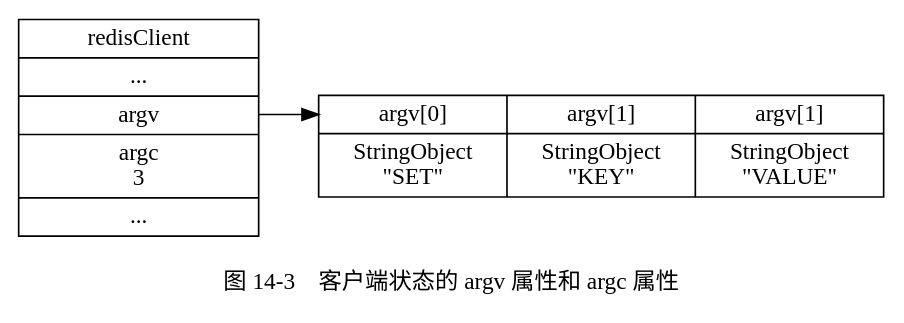
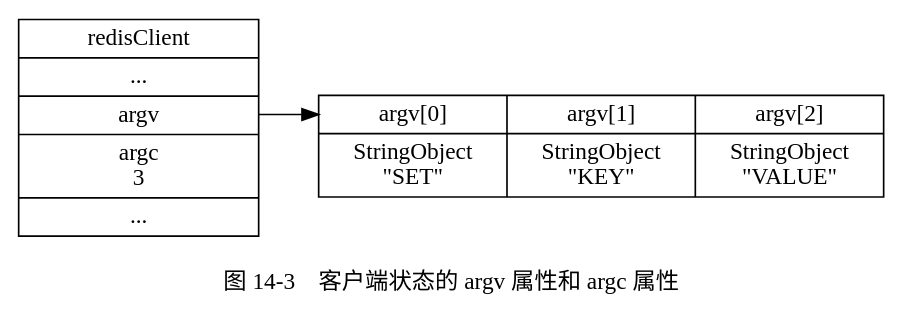
The third of 8 diagrams in preview/server/execute_command.rst (huangzworks/redisbook1e), drawn with Graphviz before and after one commit. The commit also changed other lines of this file and 4 other files, not shown here.

Commit message:
修正图 13-5 、14-3 和 14-6 ，感谢 凯旋冲锋 的提醒。

```diff
--- a/preview/server/execute_command.rst
+++ b/preview/server/execute_command.rst
@@ -143,17 +143,17 @@
 .. graphviz::
 
     digraph {
 
         label = "\n 图 14-3    客户端状态的 argv 属性和 argc 属性";
 
         rankdir = LR;
 
         node [shape = record];
 
         redisClient [label = " redisClient | ... | <argv> argv | argc \n 3 | ... ", width = 2];
 
-        argv [label = " { { <head> argv[0] | StringObject \n \"SET\" } | { argv[1] | StringObject \n \"KEY\" } | { argv[1] | StringObject \n \"VALUE\" } } "];
+        argv [label = " { { <head> argv[0] | StringObject \n \"SET\" } | { argv[1] | StringObject \n \"KEY\" } | { argv[2] | StringObject \n \"VALUE\" } } "];
 
         redisClient:argv -> argv:head;
 
     }
```
